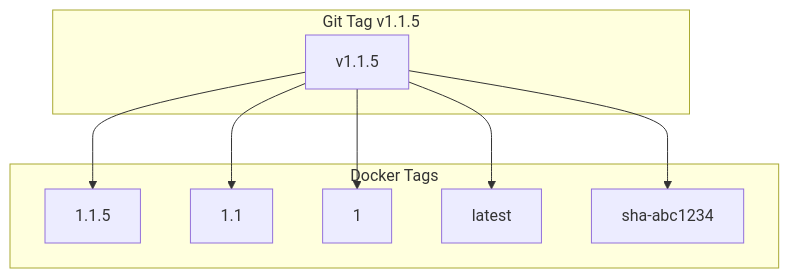
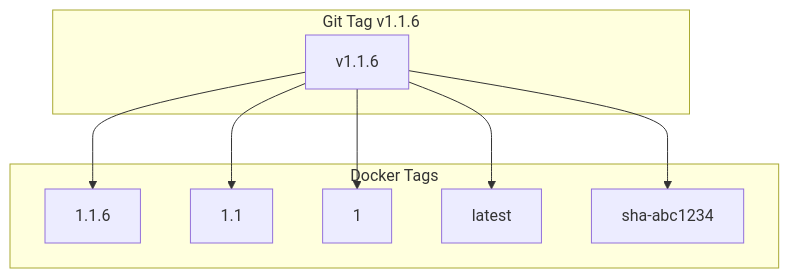
The seventh of 13 diagrams in docs/GITHUB-WORKFLOWS.md (telemetryflow/telemetryflow-collector), drawn with Mermaid before and after one commit. The commit also changed other lines of this file and 24 other files, not shown here.

````diff
--- a/docs/GITHUB-WORKFLOWS.md
+++ b/docs/GITHUB-WORKFLOWS.md
@@ -260,20 +260,20 @@
 ```mermaid
 flowchart TD
-    subgraph "Git Tag v1.1.5"
-        GT[v1.1.5]
+    subgraph "Git Tag v1.1.6"
+        GT[v1.1.6]
     end
 
     subgraph "Docker Tags"
-        T1[1.1.5]
+        T1[1.1.6]
         T2[1.1]
         T3[1]
         T4[latest]
         T5[sha-abc1234]
     end
 
     GT --> T1
     GT --> T2
     GT --> T3
     GT --> T4
     GT --> T5
 ```
````
